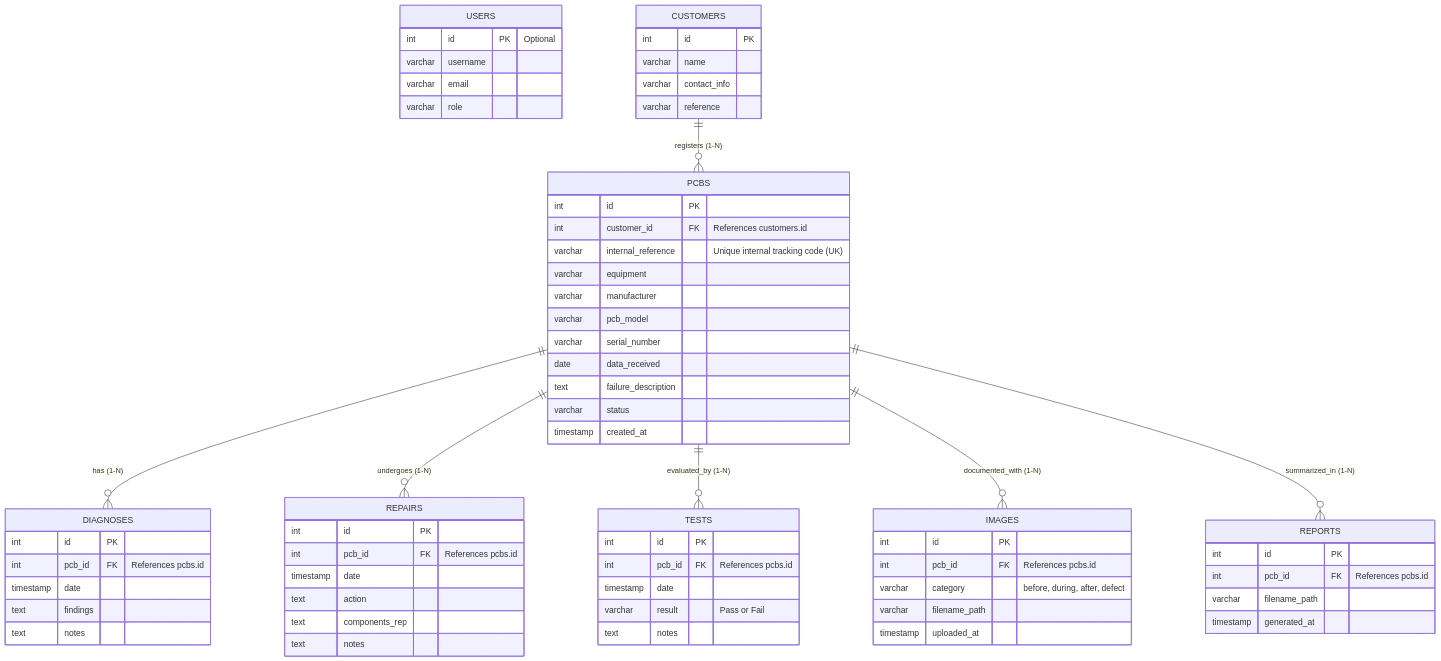
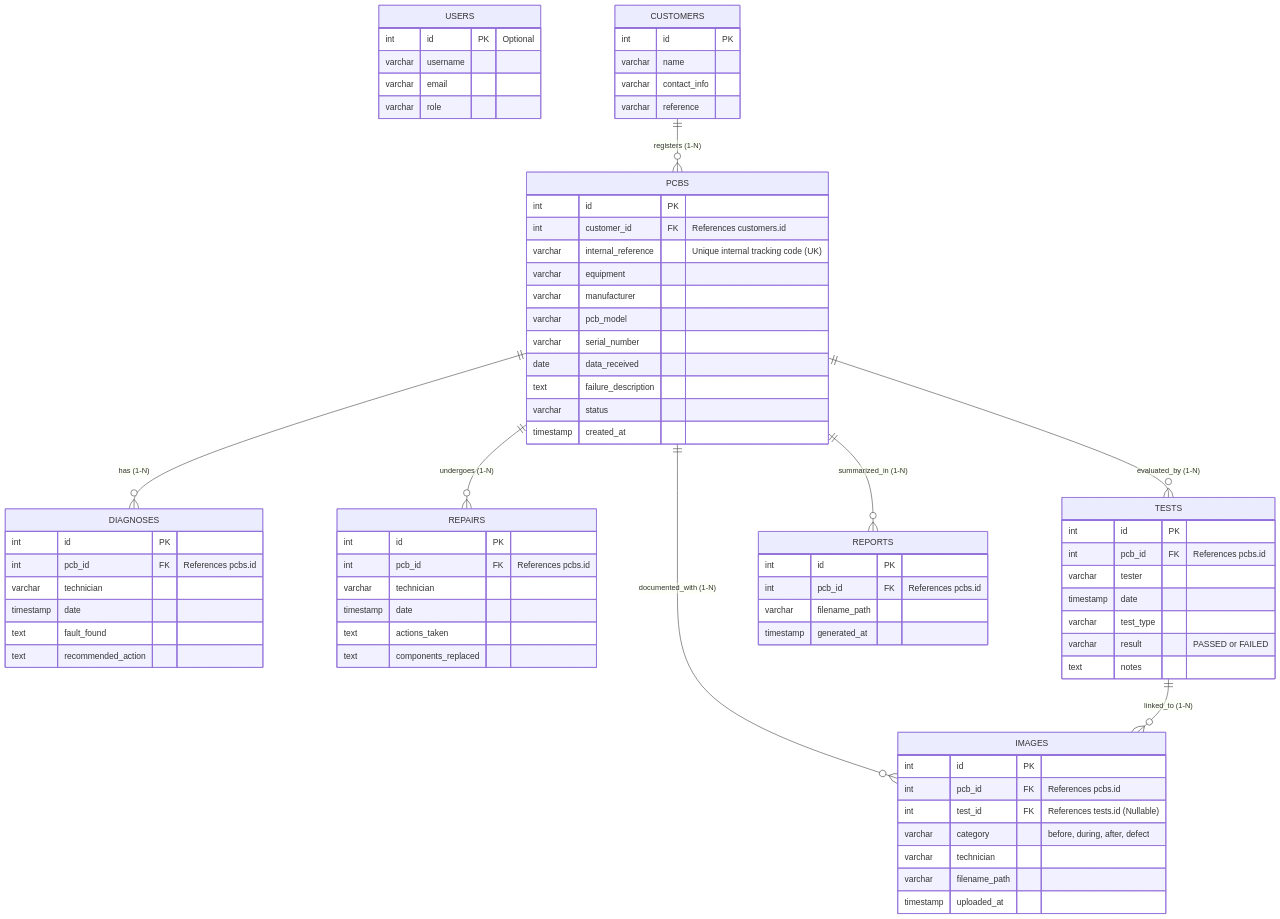
One commit to rdionisio1403/greenuppcb changed the diagram in documentation/database_schema.md. Above: the diagram before and after it, drawn with Mermaid. The commit also changed other lines of this file and 9 other files, not shown here.

Commit message:
Update LIS database schema, fix frontend PDF download names, and implement technician-based test filtering

```diff
--- a/documentation/database_schema.md
+++ b/documentation/database_schema.md
@@ -22,8 +22,9 @@
     PCBS ||--o{ TESTS : "evaluated_by (1-N)"
     PCBS ||--o{ IMAGES : "documented_with (1-N)"
     PCBS ||--o{ REPORTS : "summarized_in (1-N)"
+    TESTS ||--o{ IMAGES : "linked_to (1-N)"
 
-    CUSTOMERS {
+CUSTOMERS {
         int id PK
         varchar name
         varchar contact_info
@@ -44,35 +45,40 @@
         timestamp created_at
     }
 
-    DIAGNOSES {
+DIAGNOSES {
         int id PK
         int pcb_id FK "References pcbs.id"
+        varchar technician
         timestamp date
-        text findings
-        text notes
+        text fault_found
+        text recommended_action
     }
 
     REPAIRS {
         int id PK
         int pcb_id FK "References pcbs.id"
+        varchar technician
         timestamp date
-        text action
-        text components_rep
-        text notes
+        text actions_taken
+        text components_replaced
     }
 
-    TESTS {
+TESTS {
         int id PK
         int pcb_id FK "References pcbs.id"
+        varchar tester
         timestamp date
-        varchar result "Pass or Fail"
+        varchar test_type
+        varchar result "PASSED or FAILED"
         text notes
     }
 
     IMAGES {
         int id PK
         int pcb_id FK "References pcbs.id"
+        int test_id FK "References tests.id (Nullable)"
         varchar category "before, during, after, defect"
+        varchar technician
         varchar filename_path
         timestamp uploaded_at
     }
```
